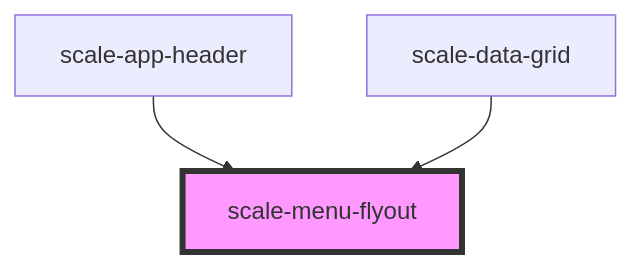
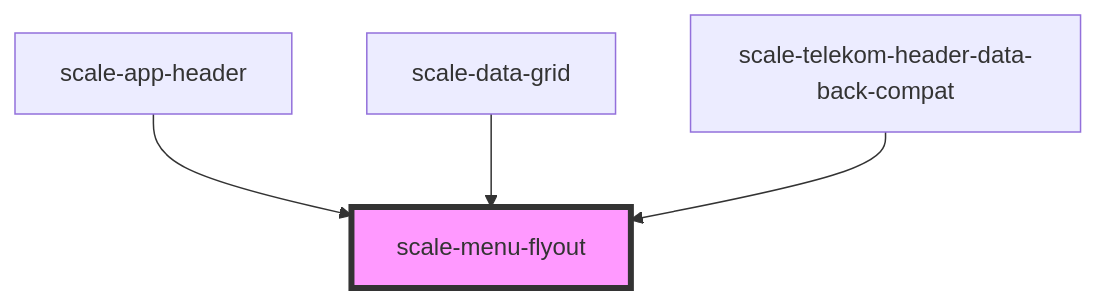
One commit to telekom/scale changed the diagram in packages/components/src/components/menu-flyout/readme.md. Above: the diagram before and after it, drawn with Mermaid. The commit also changed other lines of this file and 7 other files, not shown here.

Commit message:
feat(header-back-compat): add support for userMenu

````diff
--- a/packages/components/src/components/menu-flyout/readme.md
+++ b/packages/components/src/components/menu-flyout/readme.md
@@ -32,6 +33,7 @@
 ```mermaid
 graph TD;
   scale-app-header --> scale-menu-flyout
   scale-data-grid --> scale-menu-flyout
+  scale-telekom-header-data-back-compat --> scale-menu-flyout
   style scale-menu-flyout fill:#f9f,stroke:#333,stroke-width:4px
 ```
````
